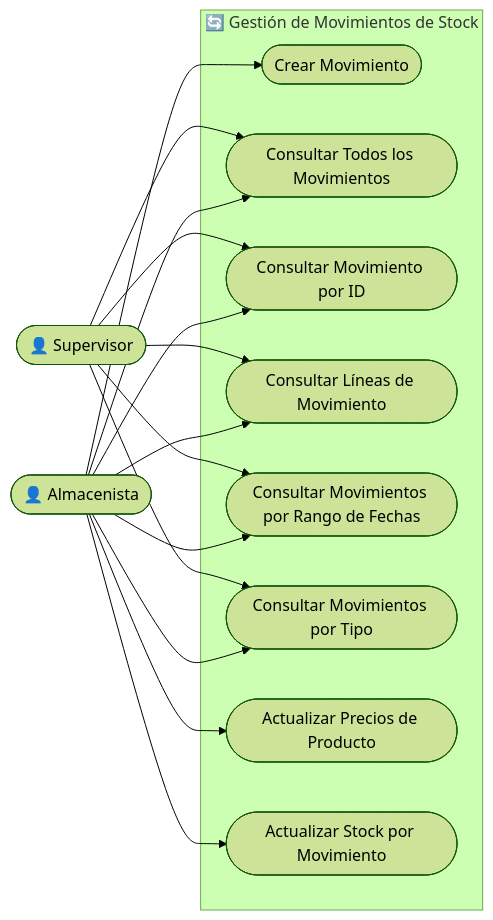
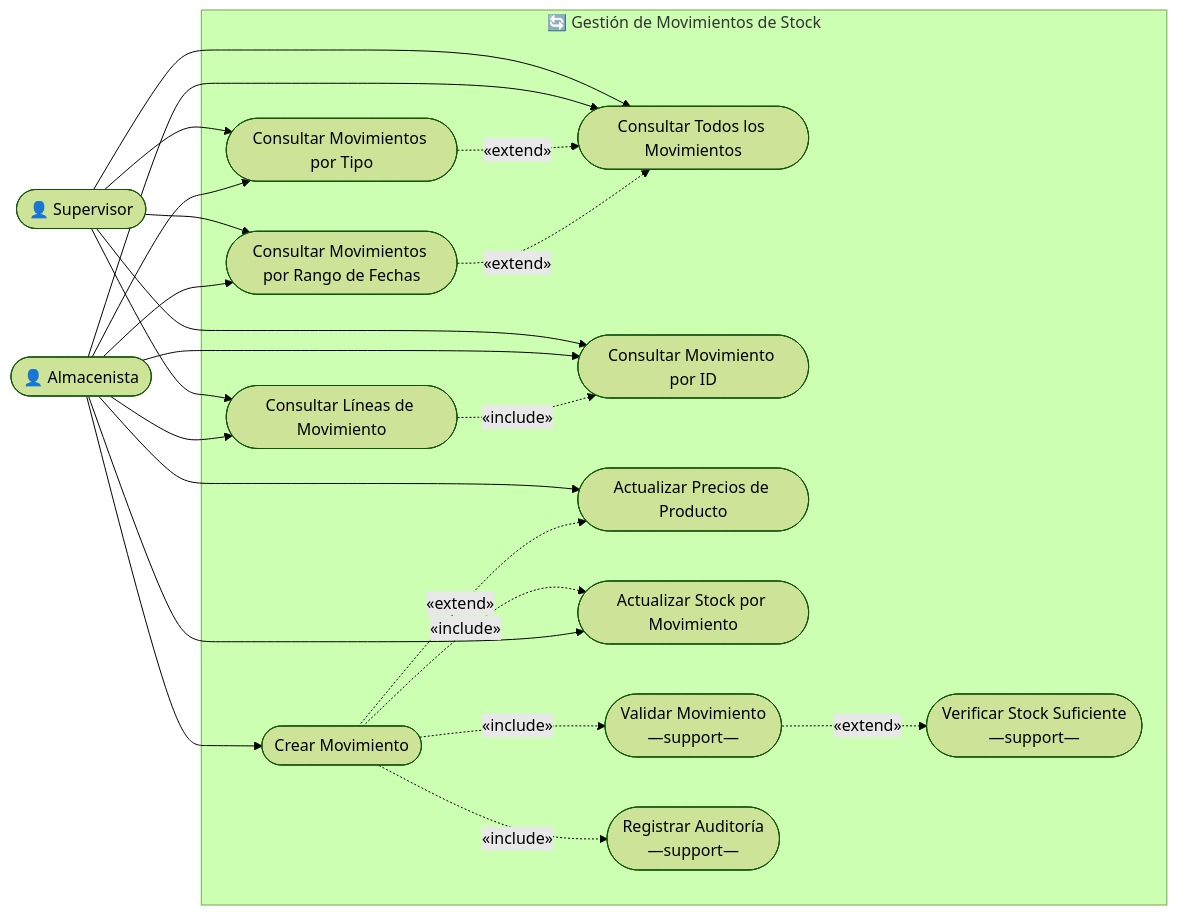
The fifth of 11 diagrams in Documentation/UML_Diagrams/23_Use_Case_Diagrams.md (nahuk86/tp_diploma_nk_2026), drawn with Mermaid (forest theme) before and after one commit. The commit also changed other lines of this file, not shown here.

Commit message:
docs: add missing include/extend/uses relationships to UML use case diagrams

````diff
--- a/Documentation/UML_Diagrams/23_Use_Case_Diagrams.md
+++ b/Documentation/UML_Diagrams/23_Use_Case_Diagrams.md
@@ -158,30 +230,42 @@
 ```mermaid
 flowchart LR
     almacenista(["👤 Almacenista"])
     supervisor(["👤 Supervisor"])
 
     subgraph MOVEMENTS["🔄 Gestión de Movimientos de Stock"]
         uc1(["Crear Movimiento"])
         uc2(["Consultar Todos los Movimientos"])
         uc3(["Consultar Movimiento por ID"])
         uc4(["Consultar Líneas de Movimiento"])
         uc5(["Consultar Movimientos por Rango de Fechas"])
         uc6(["Consultar Movimientos por Tipo"])
         uc7(["Actualizar Precios de Producto"])
         uc8(["Actualizar Stock por Movimiento"])
+        ucVal(["Validar Movimiento\n―support―"])
+        ucSt(["Verificar Stock Suficiente\n―support―"])
+        ucA(["Registrar Auditoría\n―support―"])
+        uc5 -.->|"«extend»"| uc2
+        uc6 -.->|"«extend»"| uc2
+        uc4 -.->|"«include»"| uc3
+        uc1 -.->|"«extend»"| uc7
     end
 
     almacenista --> uc1
     almacenista --> uc2
     almacenista --> uc3
     almacenista --> uc4
     almacenista --> uc5
     almacenista --> uc6
     almacenista --> uc7
     almacenista --> uc8
     supervisor --> uc2
     supervisor --> uc3
     supervisor --> uc4
     supervisor --> uc5
     supervisor --> uc6
+
+    uc1 -.->|"«include»"| ucVal
+    uc1 -.->|"«include»"| uc8
+    ucVal -.->|"«extend»"| ucSt
+    uc1 -.->|"«include»"| ucA
 ```
````
